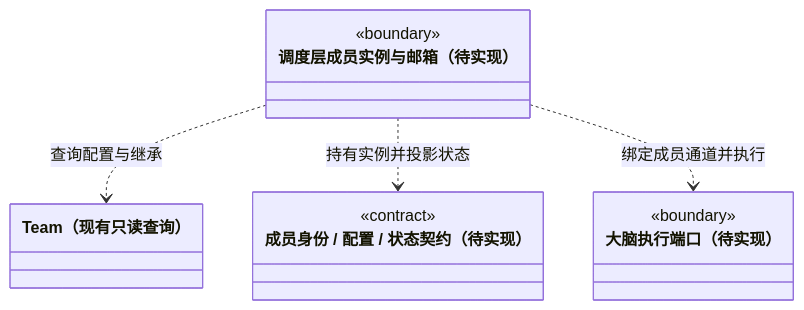
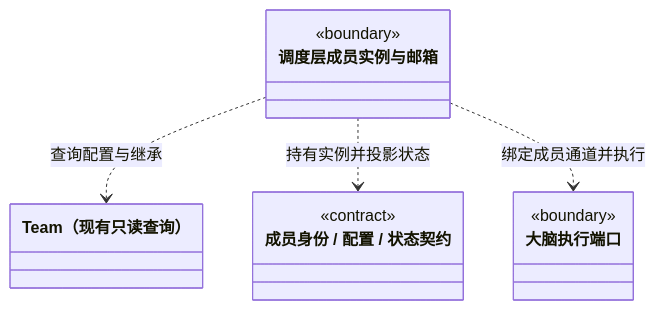
One commit to nan023062/cbim changed the diagram in src/backend/core/team/CONTRACT.md. Above: the diagram before and after it, drawn with Mermaid. The commit also changed other lines of this file and 240 other files, not shown here.

````diff
--- a/src/backend/core/team/CONTRACT.md
+++ b/src/backend/core/team/CONTRACT.md
@@ -98,16 +117,16 @@
 ```mermaid
 classDiagram
 class TeamKnowledge["Team（现有只读查询）"]
-class MemberContracts["成员身份 / 配置 / 状态契约（待实现）"] {
+class MemberContracts["成员身份 / 配置 / 状态契约"] {
   <<contract>>
 }
-class MemberScheduler["调度层成员实例与邮箱（待实现）"] {
+class MemberScheduler["调度层成员实例与邮箱"] {
   <<boundary>>
 }
-class BrainPort["大脑执行端口（待实现）"] {
+class BrainPort["大脑执行端口"] {
   <<boundary>>
 }
 MemberScheduler ..> TeamKnowledge : 查询配置与继承
 MemberScheduler ..> MemberContracts : 持有实例并投影状态
 MemberScheduler ..> BrainPort : 绑定成员通道并执行
 ```
````
